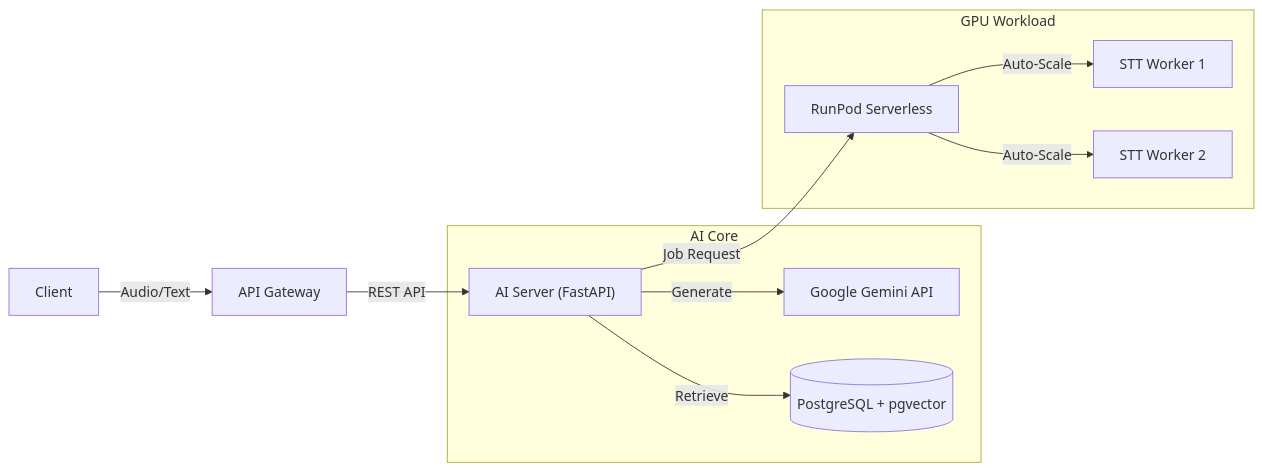
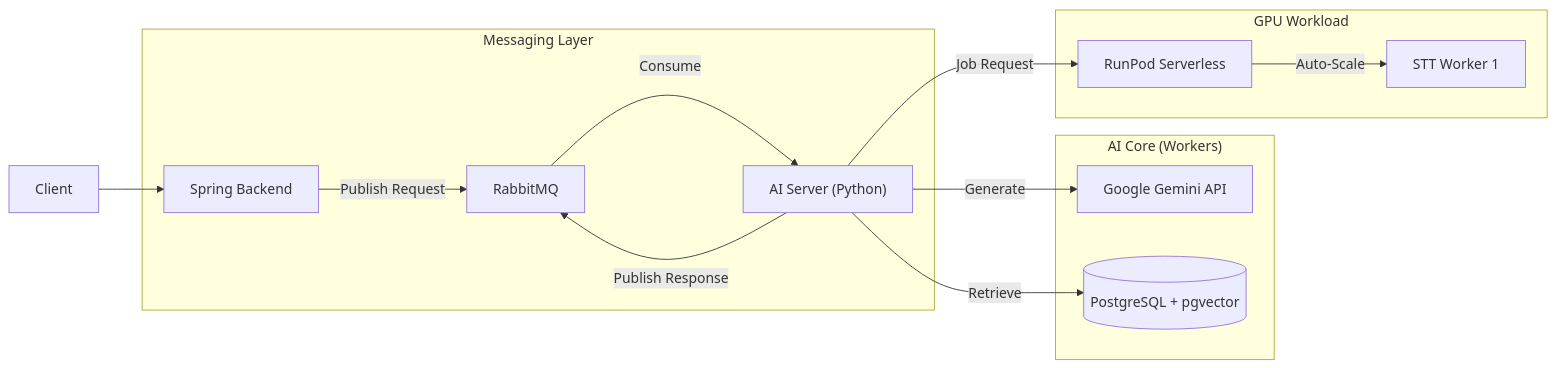
One commit to 100-hours-a-week/4-team-IMYME-ai changed the diagram in README.md. Above: the diagram before and after it, drawn with Mermaid. The commit also changed other lines of this file and 17 other files, not shown here.

Commit message:
Refactor: Migrate Solo mode from HTTP APIs to RabbitMQ architecture

````diff
--- a/README.md
+++ b/README.md
@@ -43,16 +46,20 @@
 ```mermaid
 graph LR
-    User[Client] -->|Audio/Text| GW[API Gateway]
-    GW -->|REST API| AI["AI Server (FastAPI)"]
+    User[Client] --> GW[Spring Backend]
     
-    subgraph "AI Core"
+    subgraph "Messaging Layer"
+        GW -->|Publish Request| MQ[RabbitMQ]
+        AI -->|Publish Response| MQ
+    end
+    
+    subgraph "AI Core (Workers)"
+        MQ -->|Consume| AI["AI Server (Python)"]
         AI -->|Generate| GEMINI[Google Gemini API]
         AI -->|Retrieve| DB[("PostgreSQL + pgvector")]
     end
     
     subgraph "GPU Workload"
         AI -->|Job Request| RP[RunPod Serverless]
         RP -->|Auto-Scale| W1[STT Worker 1]
-        RP -->|Auto-Scale| W2[STT Worker 2]
     end
 ```
````
